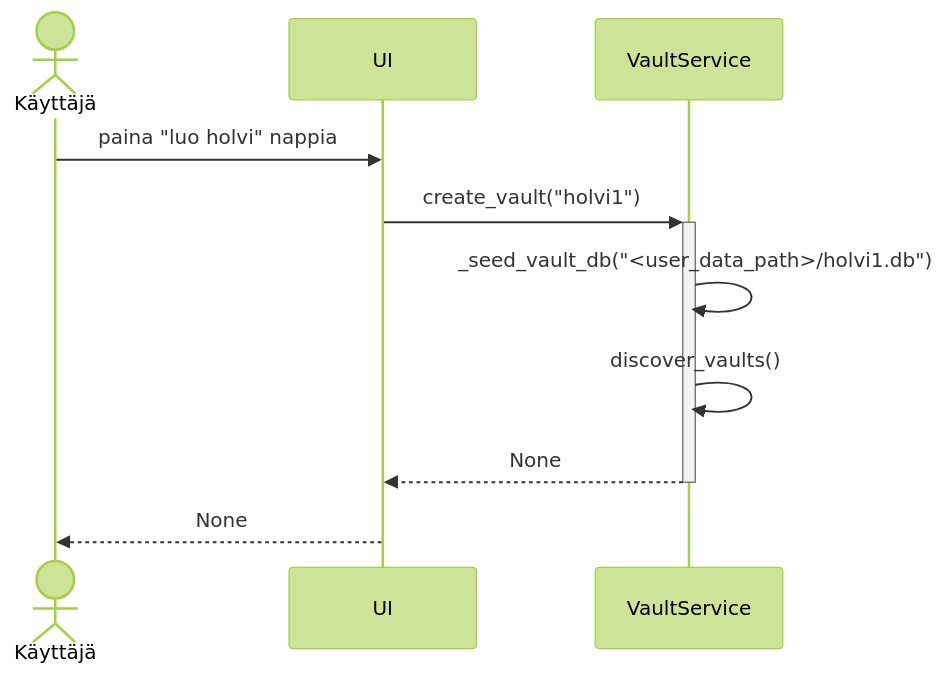
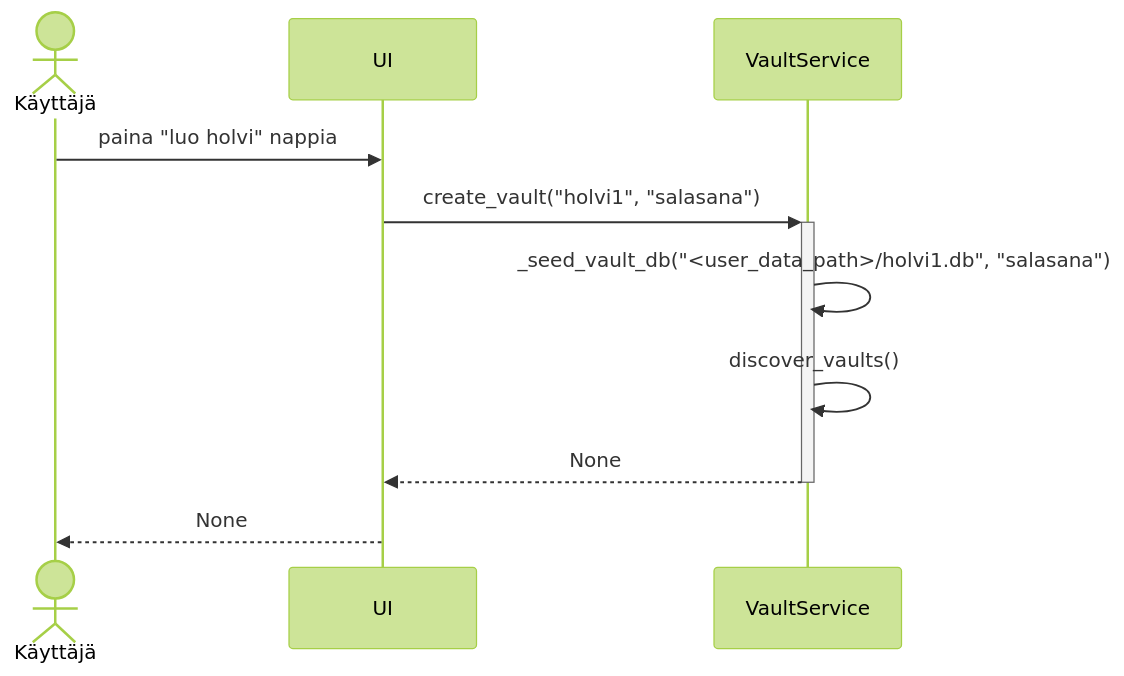
The second of 4 diagrams in dokumentaatio/arkkitehtuuri.md (antoKeinanen/ohte-salasana-hallinta), drawn with Mermaid (forest theme) before and after one commit. The commit also changed other lines of this file and 3 other files, not shown here.

````diff
--- a/dokumentaatio/arkkitehtuuri.md
+++ b/dokumentaatio/arkkitehtuuri.md
@@ -58,15 +95,15 @@
 ```mermaid
 sequenceDiagram
 actor Käyttäjä
 participant UI
 participant VaultService
 
 Käyttäjä ->> UI: paina "luo holvi" nappia
 
-UI ->>+ VaultService: create_vault("holvi1")
-VaultService ->> VaultService: _seed_vault_db("<user_data_path>/holvi1.db")
+UI ->>+ VaultService: create_vault("holvi1", "salasana")
+VaultService ->> VaultService: _seed_vault_db("<user_data_path>/holvi1.db", "salasana")
 VaultService ->> VaultService: discover_vaults()
 VaultService -->>- UI: None
 
 UI -->> Käyttäjä: None
 ```
````
